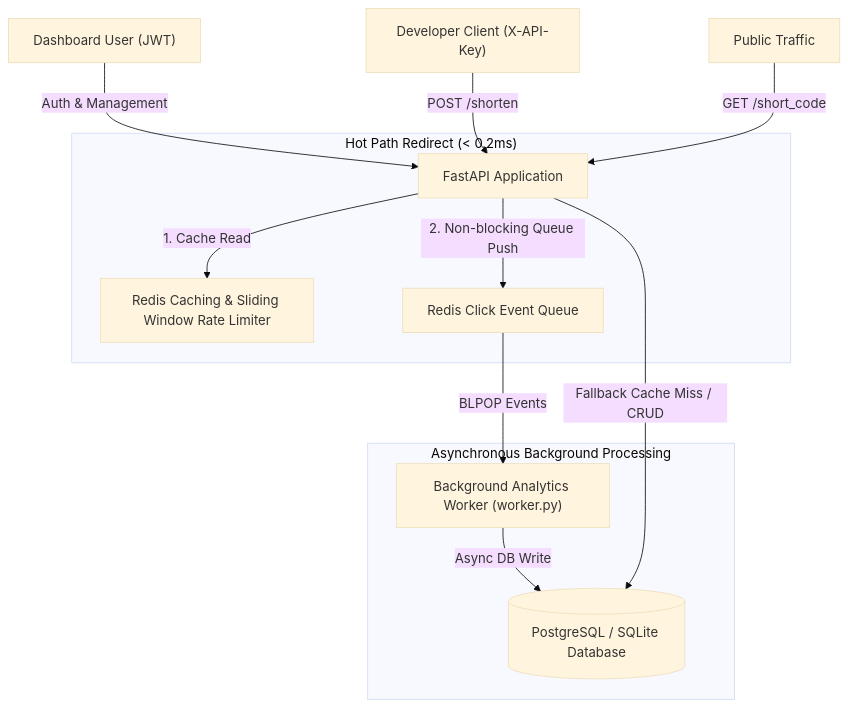
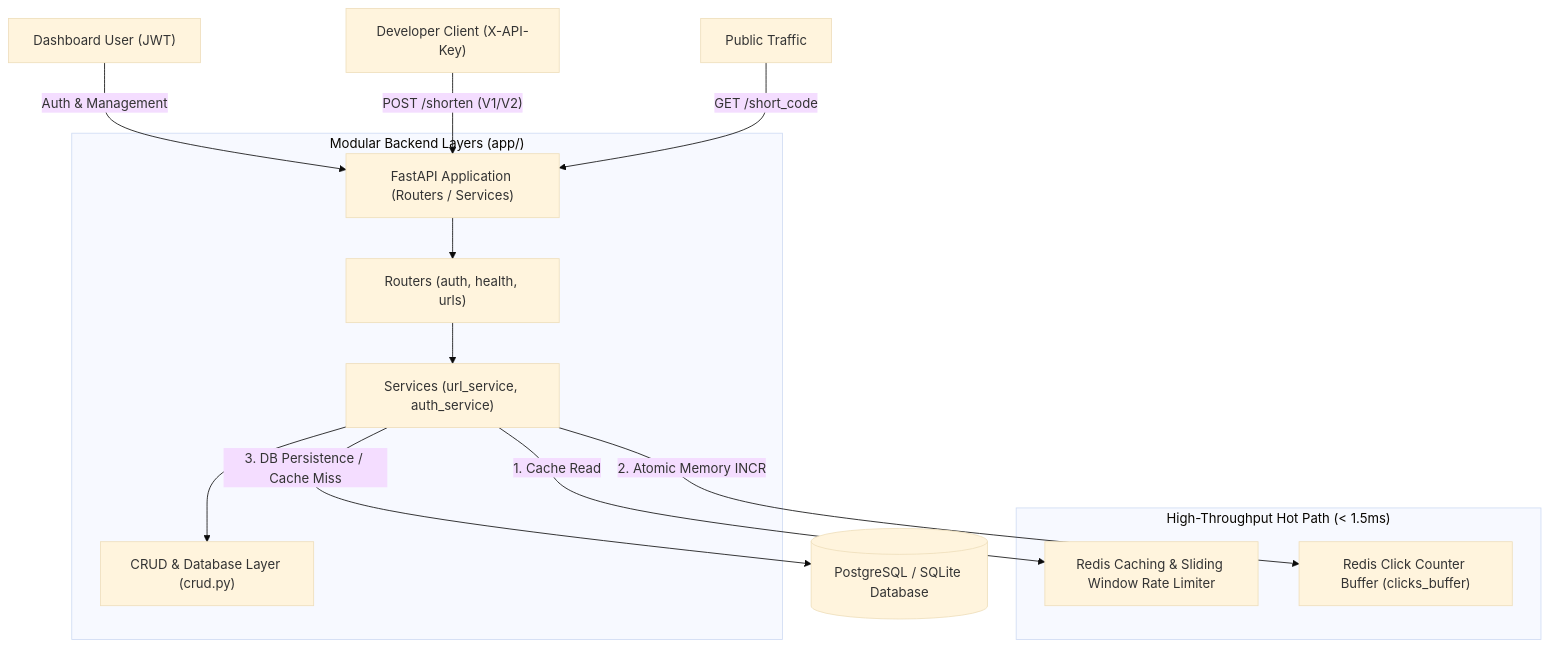
One commit to ace-ify/URL-Shortener changed the diagram in README.md. Above: the diagram before and after it, drawn with Mermaid (base theme). The commit also changed other lines of this file and 11 other files, not shown here.

Commit message:
refactor(architecture): implement 7-point enterprise modular structure (routers, schemas, services), standardized error payloads, and expanded README architecture docs

````diff
--- a/README.md
+++ b/README.md
@@ -11,18 +11,19 @@
 ```mermaid
 graph TD
-    User["Dashboard User (JWT)"] -->|"Auth & Management"| API["FastAPI Application"]
-    Dev["Developer Client (X-API-Key)"] -->|"POST /shorten"| API
+    User["Dashboard User (JWT)"] -->|"Auth & Management"| API["FastAPI Application (Routers / Services)"]
+    Dev["Developer Client (X-API-Key)"] -->|"POST /shorten (V1/V2)"| API
     Public["Public Traffic"] -->|"GET /short_code"| API
     
-    subgraph "Hot Path Redirect (< 0.2ms)"
-        API -->|"1. Cache Read"| Redis["Redis Caching & Sliding Window Rate Limiter"]
-        API -->|"2. Non-blocking Queue Push"| Queue["Redis Click Event Queue"]
+    subgraph "Modular Backend Layers (app/)"
+        API --> Routers["Routers (auth, health, urls)"]
+        Routers --> Services["Services (url_service, auth_service)"]
+        Services --> CRUD["CRUD & Database Layer (crud.py)"]
+    end
+
+    subgraph "High-Throughput Hot Path (< 1.5ms)"
+        Services -->|"1. Cache Read"| Redis["Redis Caching & Sliding Window Rate Limiter"]
+        Services -->|"2. Atomic Memory INCR"| Buffer["Redis Click Counter Buffer (clicks_buffer)"]
     end
     
-    subgraph "Asynchronous Background Processing"
-        Queue -->|"BLPOP Events"| Worker["Background Analytics Worker (worker.py)"]
-        Worker -->|"Async DB Write"| DB[("PostgreSQL / SQLite Database")]
-    end
-    
-    API -->|"Fallback Cache Miss / CRUD"| DB
+    Services -->|"3. DB Persistence / Cache Miss"| DB[("PostgreSQL / SQLite Database")]
 ```
````
